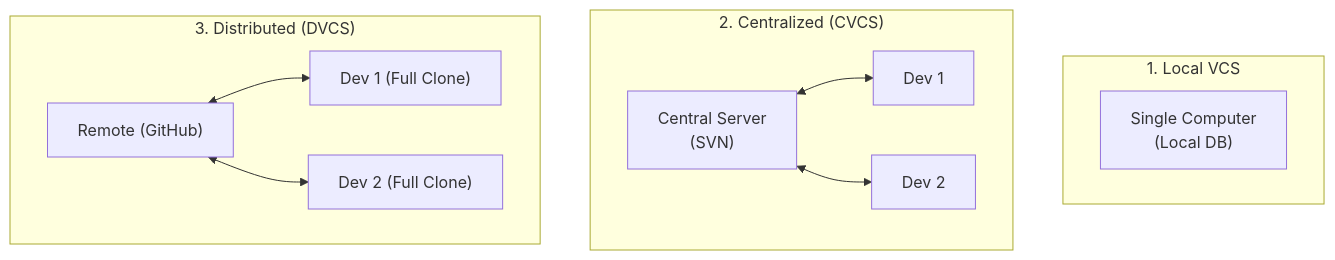
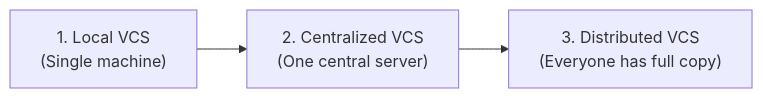
Before and after one commit to ArpitaSHiregoudar/git-reference-hub: the diagram in 01-git-fundamentals/01-what-is-version-control.md, drawn with Mermaid. The commit also changed other lines of this file and 5 other files, not shown here.

````diff
--- a/01-git-fundamentals/01-what-is-version-control.md
+++ b/01-git-fundamentals/01-what-is-version-control.md
@@ -50,16 +38,5 @@
 ```mermaid
-flowchart TD
-    subgraph Local_VCS["1. Local VCS"]
-        A["Single Computer\n(Local DB)"]
-    end
-
-    subgraph Centralized_VCS["2. Centralized (CVCS)"]
-        B["Central Server\n(SVN)"] <--> C["Dev 1"]
-        B <--> D["Dev 2"]
-    end
-
-    subgraph Distributed_VCS["3. Distributed (DVCS)"]
-        E["Remote (GitHub)"] <--> F["Dev 1 (Full Clone)"]
-        E <--> G["Dev 2 (Full Clone)"]
-    end
+flowchart LR
+    A["1. Local VCS\n(Single machine)"] --> B["2. Centralized VCS\n(One central server)"]
+    B --> C["3. Distributed VCS\n(Everyone has full copy)"]
 ```
````
